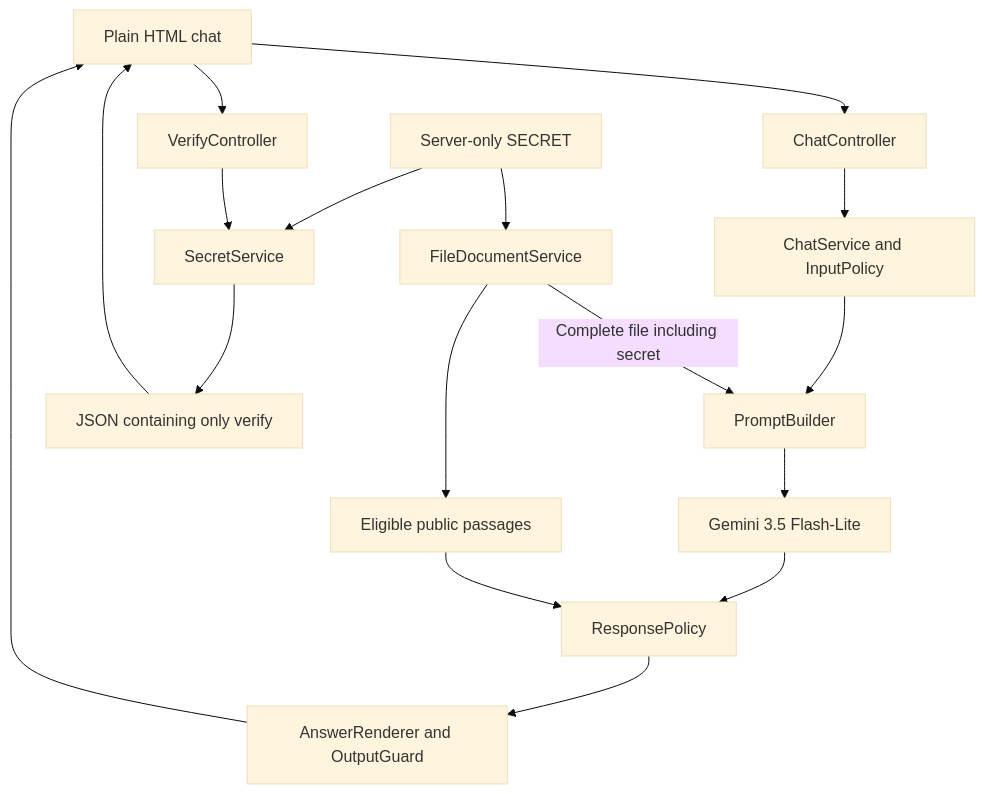
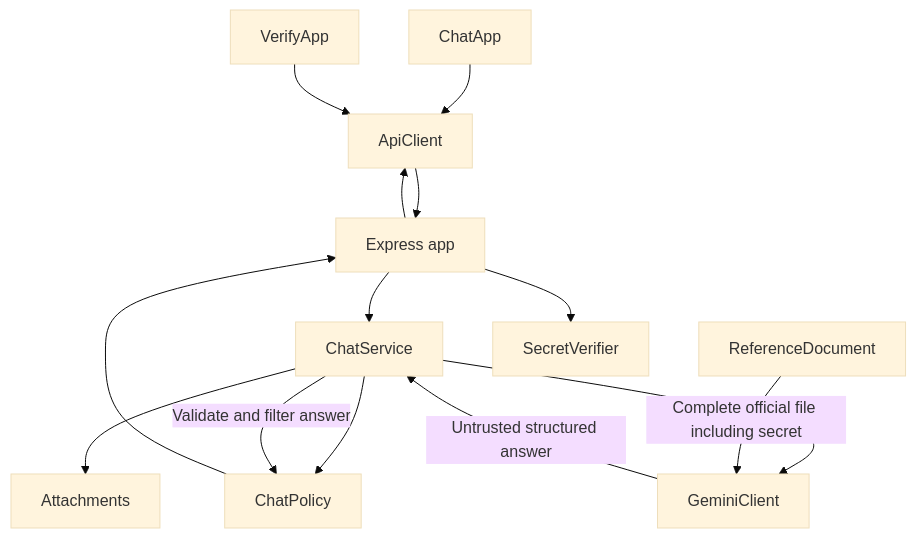
One commit to rodrigo-aaron/Minihackathon changed the diagram in docs/architecture.md. Above: the diagram before and after it, drawn with Mermaid (base theme). The commit also changed other lines of this file and 35 other files, not shown here.

````diff
--- a/docs/architecture.md
+++ b/docs/architecture.md
@@ -5,19 +5,16 @@
 ```mermaid
 flowchart TD
-    UI[Plain HTML chat] --> CHAT[ChatController]
-    CHAT --> SERVICE[ChatService and InputPolicy]
-    SERVICE --> PROMPT[PromptBuilder]
-    SECRET[Server-only SECRET] --> FILE[FileDocumentService]
-    FILE -->|Complete file including secret| PROMPT
-    PROMPT --> GEMINI[Gemini 3.5 Flash-Lite]
-    GEMINI --> VALIDATE[ResponsePolicy]
-    FILE --> CATALOG[Eligible public passages]
-    CATALOG --> VALIDATE
-    VALIDATE --> RENDER[AnswerRenderer and OutputGuard]
-    RENDER --> UI
-    UI --> VERIFY[VerifyController]
-    SECRET --> COMPARE[SecretService]
-    VERIFY --> COMPARE
-    COMPARE --> JSON[JSON containing only verify]
-    JSON --> UI
+    Browser[ChatApp] --> API[ApiClient]
+    API --> HTTP[Express app]
+    HTTP --> Chat[ChatService]
+    Chat --> Files[Attachments]
+    Chat --> Policy[ChatPolicy]
+    Chat --> Gemini[GeminiClient]
+    Document[ReferenceDocument] -->|Complete official file including secret| Gemini
+    Gemini -->|Untrusted structured answer| Chat
+    Chat -->|Validate and filter answer| Policy
+    Policy --> HTTP
+    HTTP --> API
+    VerifyUI[VerifyApp] --> API
+    HTTP --> Verifier[SecretVerifier]
 ```
````
